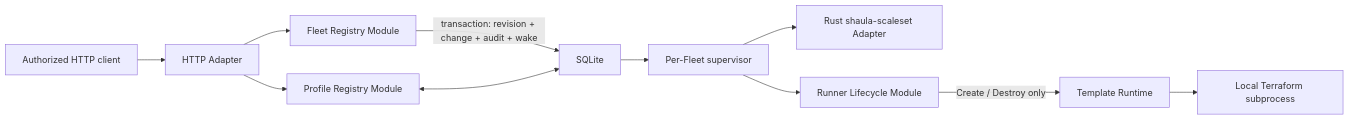
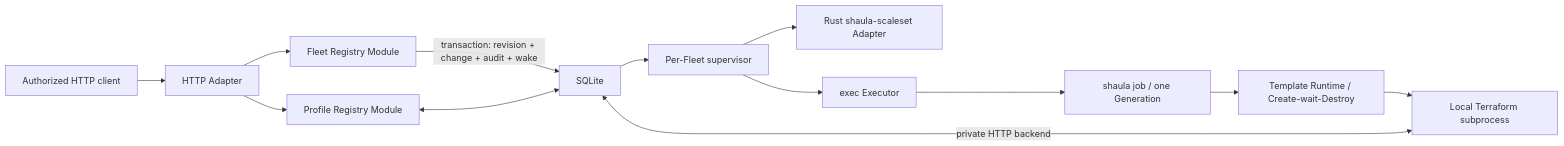
The diagram in docs/specs/0002-fleet-http-control-plane.md (5aaee9/shaula), drawn with Mermaid before and after one commit. The commit also changed other lines of this file and 63 other files, not shown here.

First line of the commit message:
feat(state): add SQLite-backed Terraform HTTP backend

````diff
--- a/docs/specs/0002-fleet-http-control-plane.md
+++ b/docs/specs/0002-fleet-http-control-plane.md
@@ -28,13 +28,15 @@
 ```mermaid
 flowchart LR
     Client["Authorized HTTP client"] --> HTTP["HTTP Adapter"]
     HTTP --> FleetRegistry["Fleet Registry Module"]
     HTTP --> ProfileRegistry["Profile Registry Module"]
     FleetRegistry -->|"transaction: revision + change + audit + wake"| DB["SQLite"]
     ProfileRegistry <--> DB
     DB --> Supervisor["Per-Fleet supervisor"]
     Supervisor --> GitHub["Rust shaula-scaleset Adapter"]
-    Supervisor --> Lifecycle["Runner Lifecycle Module"]
-    Lifecycle -->|"Create / Destroy only"| Runtime["Template Runtime"]
+    Supervisor --> Executor["exec Executor"]
+    Executor --> Worker["shaula job / one Generation"]
+    Worker --> Runtime["Template Runtime / Create-wait-Destroy"]
     Runtime --> Terraform["Local Terraform subprocess"]
+    Terraform <-->|"private HTTP backend"| DB
 ```
````
